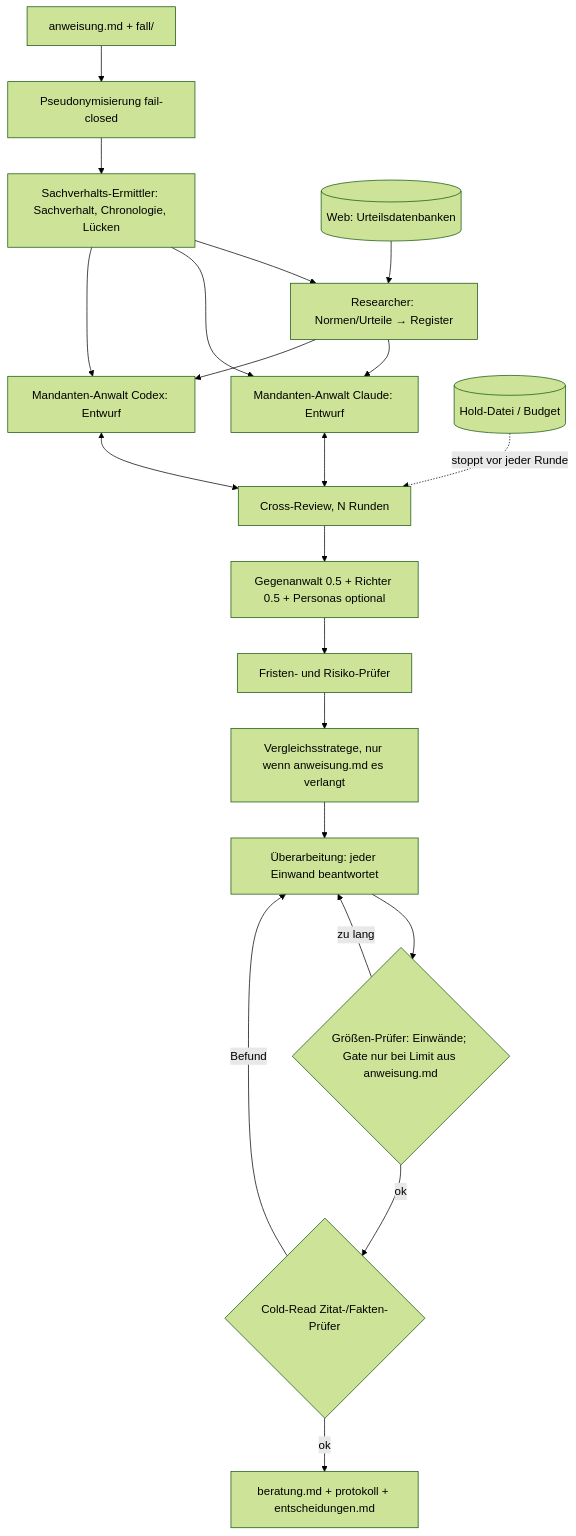
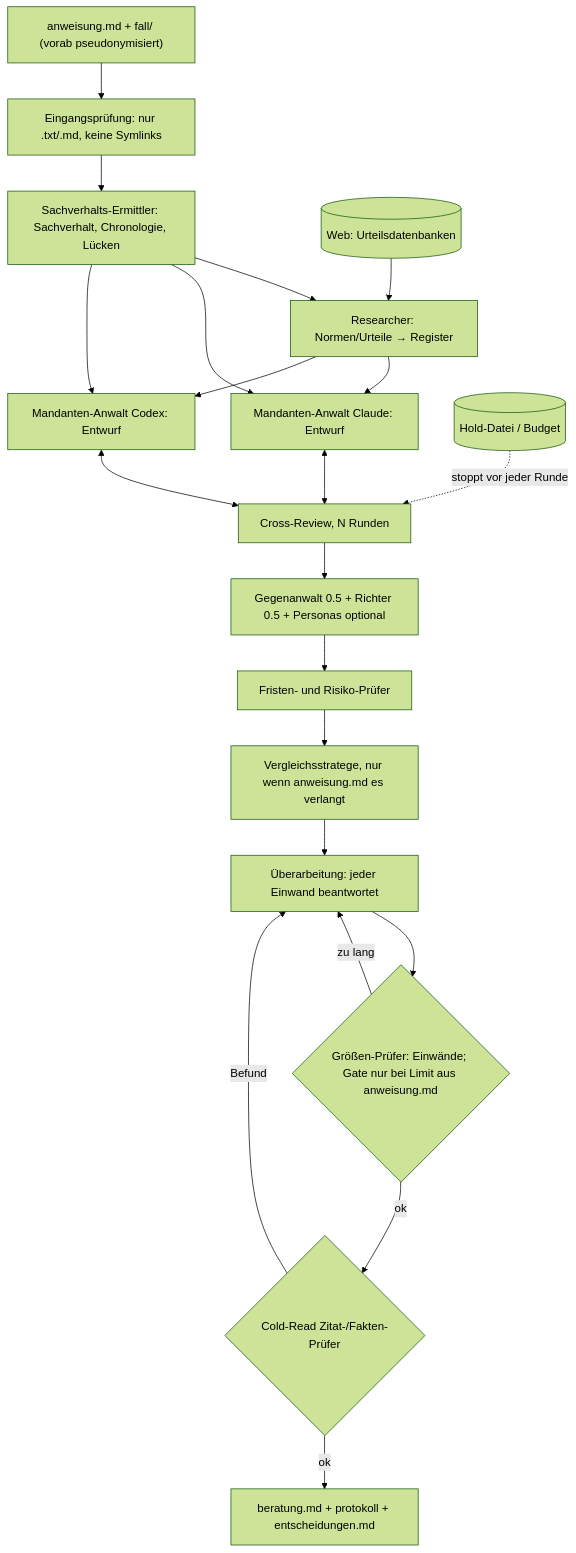
One commit to wurstbrot/ai-legal changed the diagram in docs/specs/spec-ki-rechtsberatung/ablauf-diagramm.md. Above: the diagram before and after it, drawn with Mermaid (forest theme). The commit also changed 2 other files, not shown here.

````diff
--- a/docs/specs/spec-ki-rechtsberatung/ablauf-diagramm.md
+++ b/docs/specs/spec-ki-rechtsberatung/ablauf-diagramm.md
@@ -3,23 +3,23 @@
 ```mermaid
 flowchart TD
-  A[anweisung.md + fall/] --> P[Pseudonymisierung fail-closed]
+  A["anweisung.md + fall/ (vorab pseudonymisiert)"] --> P["Eingangsprüfung: nur .txt/.md, keine Symlinks"]
   P --> S[Sachverhalts-Ermittler: Sachverhalt, Chronologie, Lücken]
   S --> R[Researcher: Normen/Urteile → Register]
   S --> E1[Mandanten-Anwalt Claude: Entwurf]
   S --> E2[Mandanten-Anwalt Codex: Entwurf]
   W[(Web: Urteilsdatenbanken)] --> R
   R --> E1
   R --> E2
   E1 <--> X[Cross-Review, N Runden]
   E2 <--> X
   X --> G[Gegenanwalt 0.5 + Richter 0.5 + Personas optional]
   G --> F[Fristen- und Risiko-Prüfer]
   F --> V[Vergleichsstratege, nur wenn anweisung.md es verlangt]
   V --> U[Überarbeitung: jeder Einwand beantwortet]
   U --> L{Größen-Prüfer: Einwände; Gate nur bei Limit aus anweisung.md}
   L -- zu lang --> U
   L -- ok --> C{Cold-Read Zitat-/Fakten-Prüfer}
   C -- Befund --> U
   C -- ok --> O[beratung.md + protokoll + entscheidungen.md]
   H[(Hold-Datei / Budget)] -. stoppt vor jeder Runde .-> X
 ```
````
